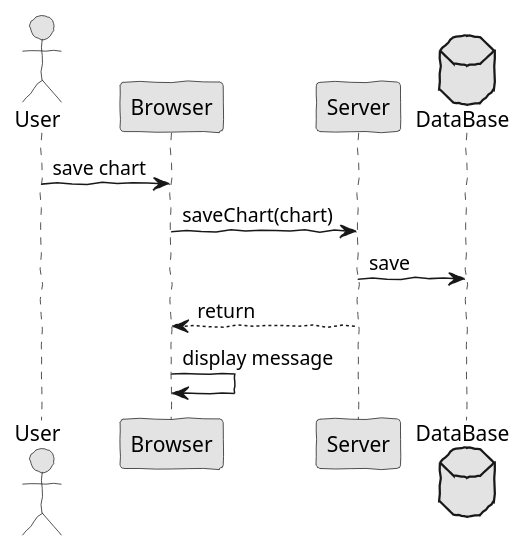
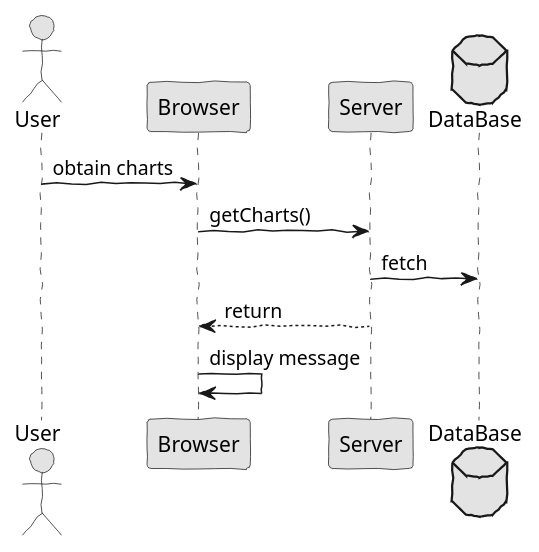
Before and after one commit to Fuel4us/EventManagingApp: the diagram in docs/red/1160630/sp1/analysis2.puml, drawn with PlantUML. The commit also changed 24 other files, not shown here.

Commit message:
#10 Added Sequence diagrams and SSD to the documentations;

```diff
--- a/docs/red/1160630/sp1/analysis2.puml
+++ b/docs/red/1160630/sp1/analysis2.puml
@@ -1,18 +1,18 @@
-@startuml  analysis2.png
+@startuml  analysis2
 skinparam handwritten true
 skinparam monochrome true
 skinparam packageStyle rect
 skinparam defaultFontName FG Virgil
 skinparam shadowing false
 
 actor User
 
-User -> Browser : save chart 
-Browser -> Server : saveChart(chart)
+User -> Browser : obtain charts 
+Browser -> Server : getCharts()
 database DataBase
-Server -> DataBase: save
+Server -> DataBase: fetch
 Server --> Browser : return
 Browser -> Browser : display message 
 
 
 @enduml
```
